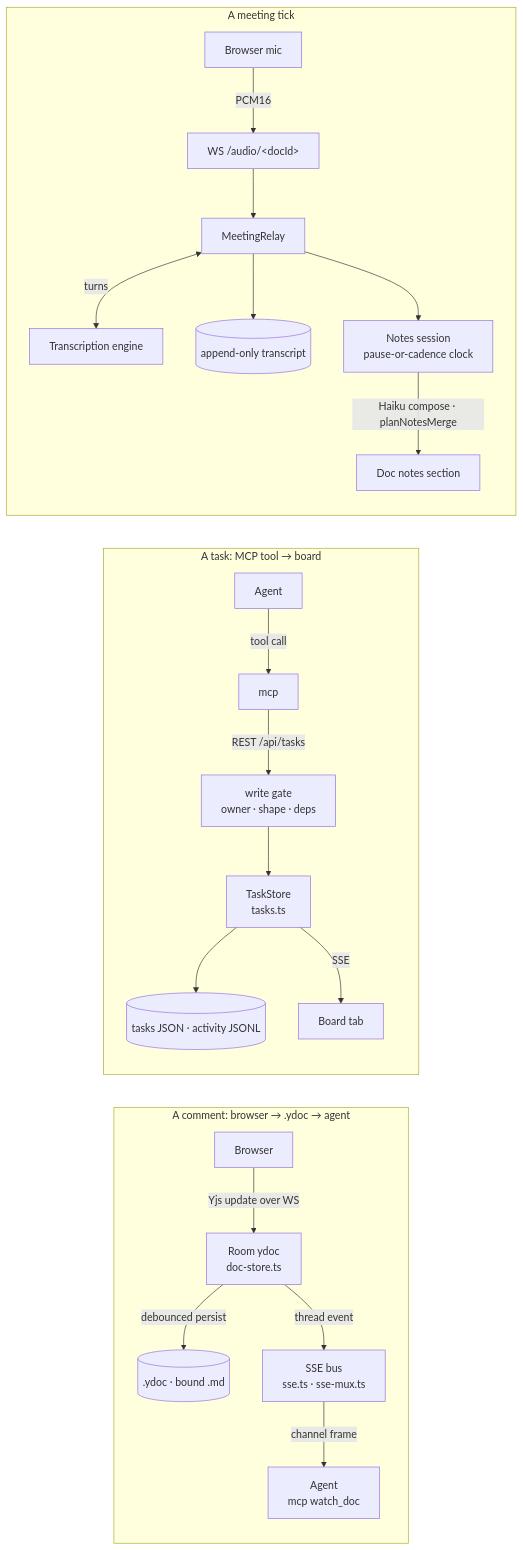
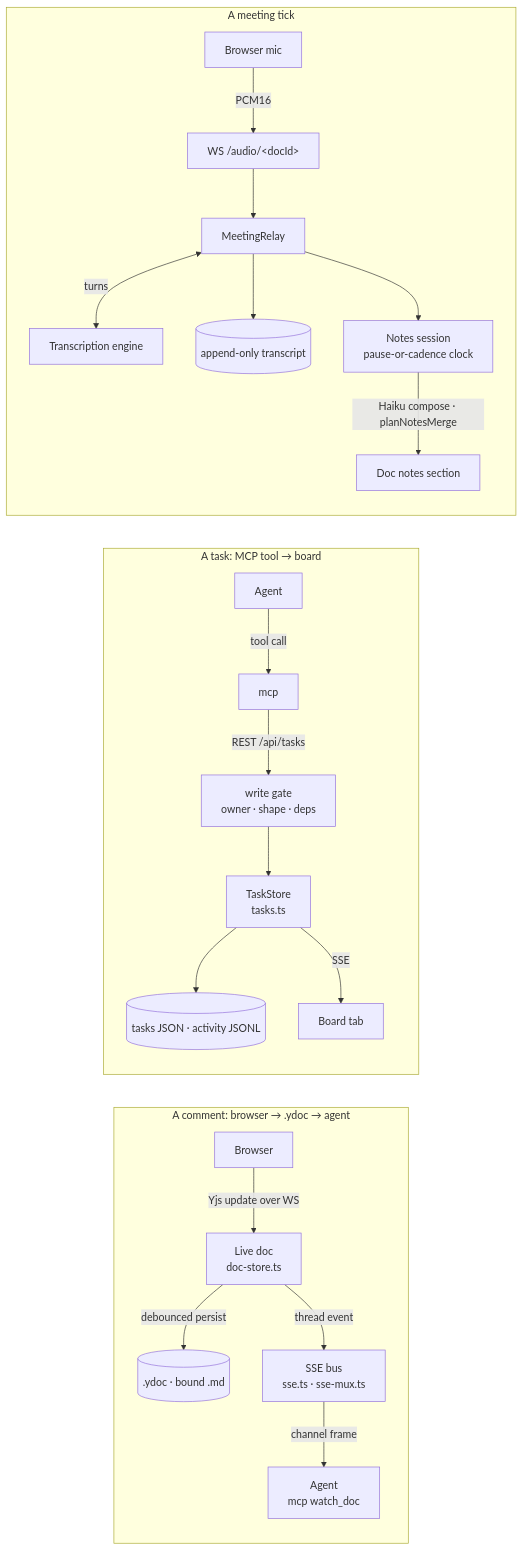
The second of 2 diagrams in docs/architecture/overview.md (fryanpan/claude-live-feedback-plugin), drawn with Mermaid before and after one commit. The commit also changed 5 other files, not shown here.

First line of the commit message:
The architecture docs and the timing rule name files that exist

````diff
--- a/docs/architecture/overview.md
+++ b/docs/architecture/overview.md
@@ -130,21 +130,21 @@
 ```mermaid
 flowchart LR
   subgraph f1["A comment: browser → .ydoc → agent"]
-    B1[Browser] -->|Yjs update over WS| R1["Room ydoc<br/>doc-store.ts"]
+    B1[Browser] -->|Yjs update over WS| R1["Live doc<br/>doc-store.ts"]
     R1 -->|debounced persist| Y1[(".ydoc · bound .md")]
     R1 -->|thread event| S1["SSE bus<br/>sse.ts · sse-mux.ts"]
     S1 -->|channel frame| A1["Agent<br/>mcp watch_doc"]
   end
   subgraph f2["A task: MCP tool → board"]
     A2[Agent] -->|tool call| M2[mcp] -->|"REST /api/tasks"| G2["write gate<br/>owner · shape · deps"]
     G2 --> T2["TaskStore<br/>tasks.ts"] --> J2[("tasks JSON · activity JSONL")]
     T2 -->|SSE| H2[Board tab]
   end
   subgraph f3["A meeting tick"]
     Mic[Browser mic] -->|PCM16| W3["WS /audio/&lt;docId&gt;"] --> Rl[MeetingRelay]
     Rl <-->|turns| En[Transcription engine]
     Rl --> St[("append-only transcript")]
     Rl --> N3["Notes session<br/>pause-or-cadence clock"]
     N3 -->|"Haiku compose · planNotesMerge"| D3[Doc notes section]
   end
 ```
````
